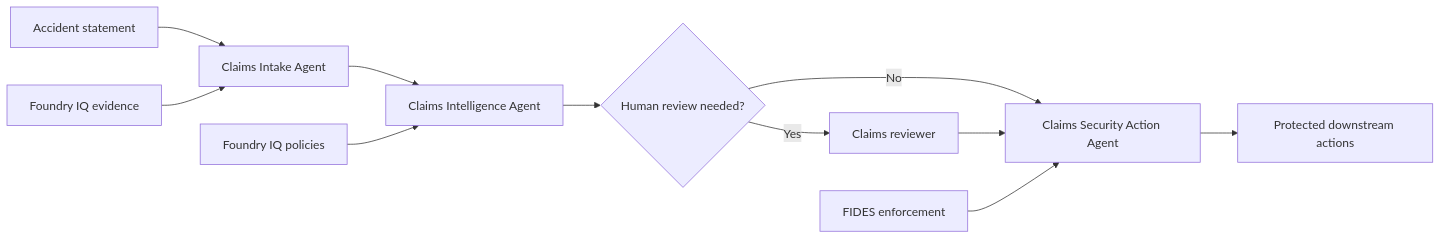
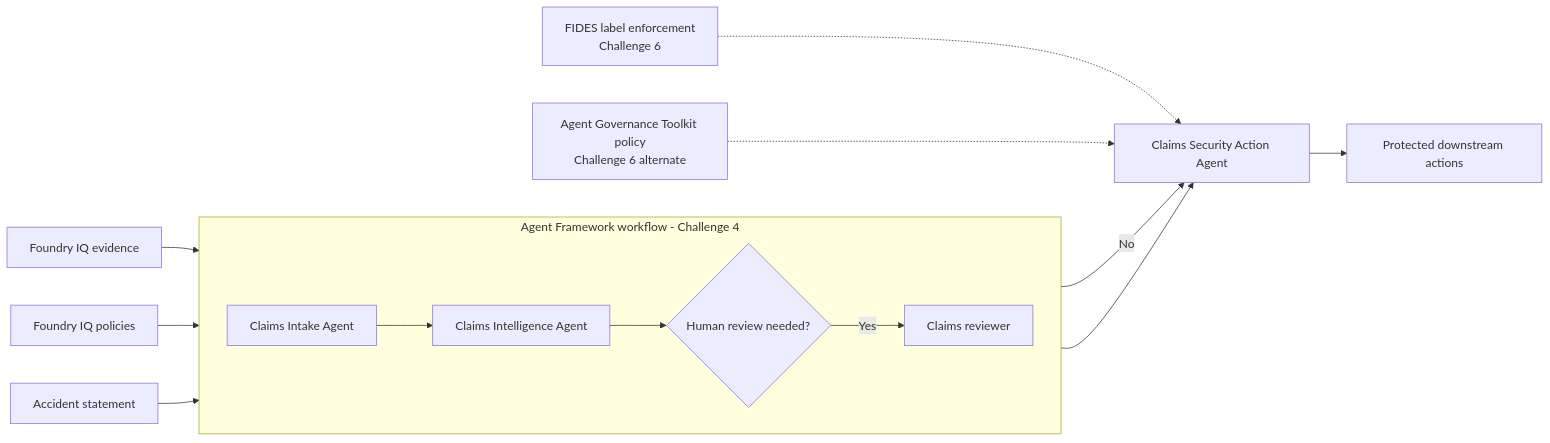
Before and after one commit to pankajagrawal16/claims-processing: the first of 3 diagrams in docs/index.md, drawn with Mermaid. The commit also changed other lines of this file and 16 other files, not shown here.

````diff
--- a/docs/index.md
+++ b/docs/index.md
@@ -67,13 +67,17 @@
 ```mermaid
 flowchart LR
-    CLAIM[Accident statement] --> INTAKE[Claims Intake Agent]
-    INTAKE --> DECISION[Claims Intelligence Agent]
-    DECISION --> REVIEW{Human review needed?}
-    REVIEW -- Yes --> HUMAN[Claims reviewer]
+    CLAIM[Accident statement] --> WF
+    subgraph WF [Agent Framework workflow - Challenge 4]
+        direction LR
+        INTAKE[Claims Intake Agent] --> DECISION[Claims Intelligence Agent]
+        DECISION --> REVIEW{Human review needed?}
+        REVIEW -- Yes --> HUMAN[Claims reviewer]
+    end
     REVIEW -- No --> SECURE[Claims Security Action Agent]
     HUMAN --> SECURE
-    SECURE --> ACTIONS[Protected downstream actions]
     SEARCH[Foundry IQ evidence] --> INTAKE
     POLICY[Foundry IQ policies] --> DECISION
-    FIDES[FIDES enforcement] --> SECURE
+    SECURE --> ACTIONS[Protected downstream actions]
+    FIDES[FIDES label enforcement<br/>Challenge 6] -.-> SECURE
+    AGT[Agent Governance Toolkit policy<br/>Challenge 6 alternate] -.-> SECURE
 ```
````
